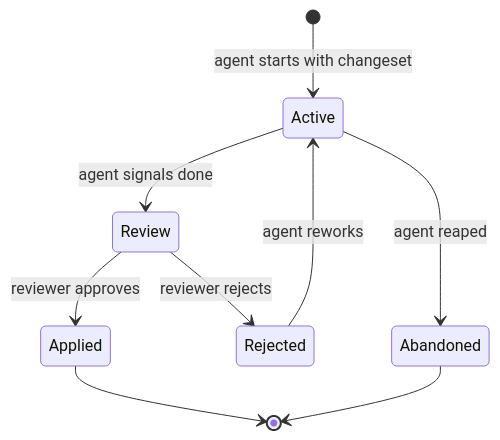
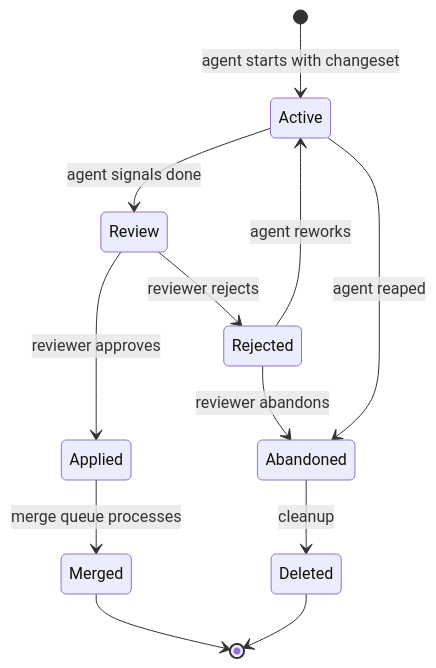
Before and after one commit to loupgaroublond/the-tavern-at-the-spillway: the diagram in docs/2-spec/011-sandbox.md, drawn with Mermaid. The commit also changed other lines of this file and 97 other files, not shown here.

````diff
--- a/docs/2-spec/011-sandbox.md
+++ b/docs/2-spec/011-sandbox.md
@@ -150,11 +154,14 @@
 ```mermaid
 stateDiagram-v2
     [*] --> Active : agent starts with changeset
     Active --> Review : agent signals done
     Review --> Applied : reviewer approves
     Review --> Rejected : reviewer rejects
-    Applied --> [*]
+    Applied --> Merged : merge queue processes
+    Merged --> [*]
     Rejected --> Active : agent reworks
+    Rejected --> Abandoned : reviewer abandons
     Active --> Abandoned : agent reaped
-    Abandoned --> [*]
+    Abandoned --> Deleted : cleanup
+    Deleted --> [*]
 ```
````
